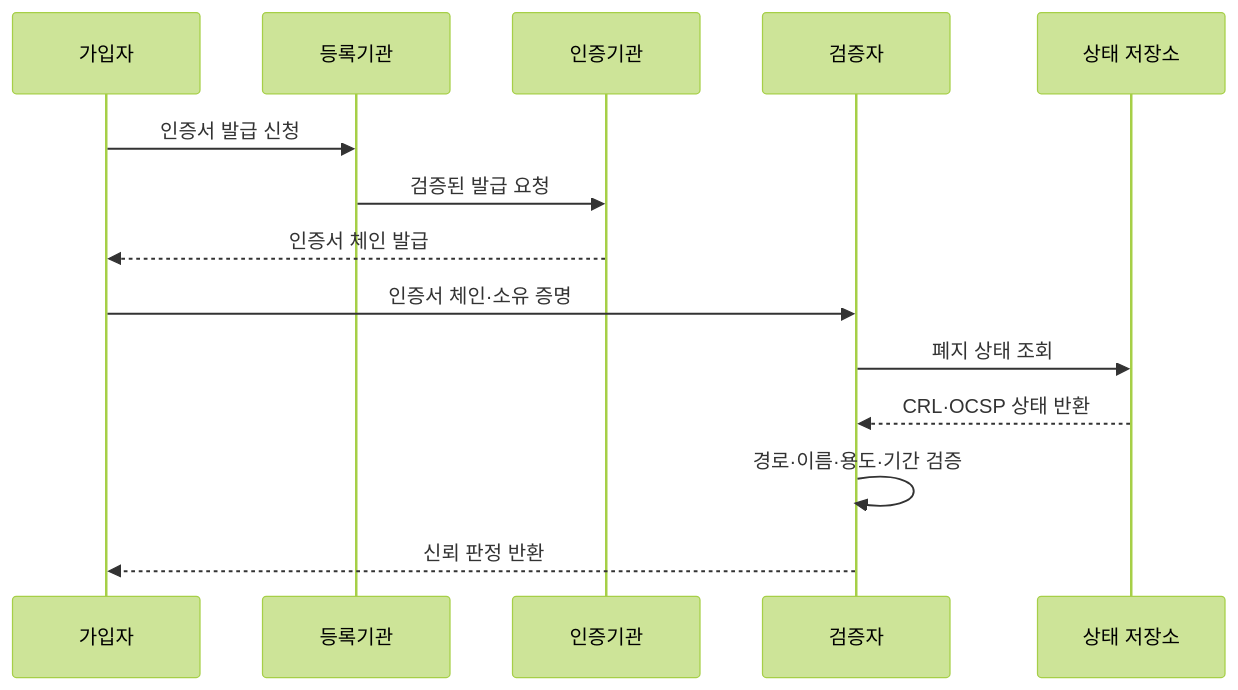
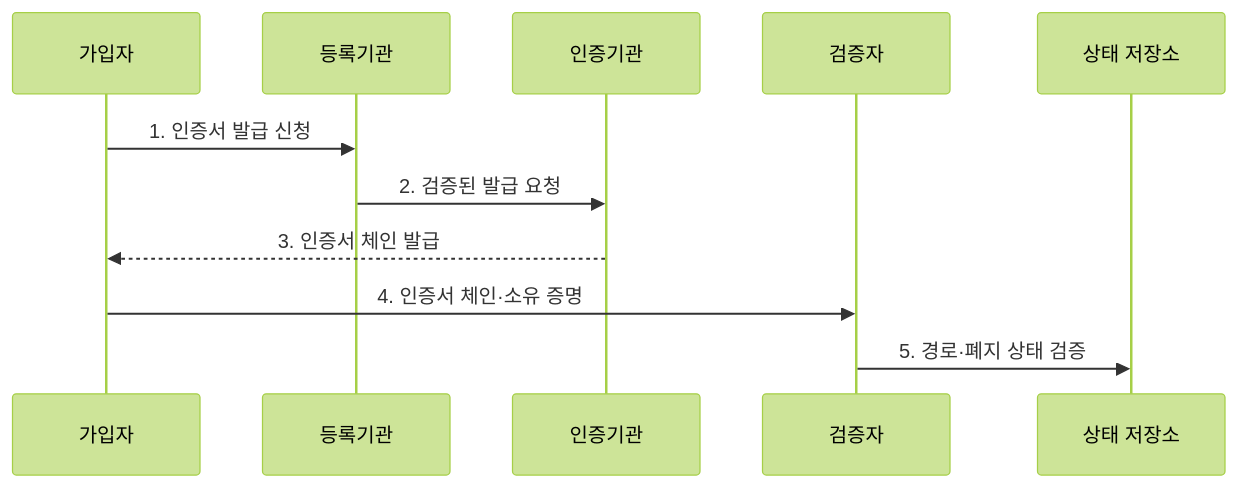
Before and after one commit to agnusdei1207/knowledge-base: the second of 2 diagrams in src/content/docs/notes/05-security/007_public_key_infrastructure.md, drawn with Mermaid (forest theme). The commit also changed other lines of this file and 22 other files, not shown here.

````diff
--- a/src/content/docs/notes/05-security/007_public_key_infrastructure.md
+++ b/src/content/docs/notes/05-security/007_public_key_infrastructure.md
@@ -86,16 +87,13 @@
 ```mermaid
 sequenceDiagram
     participant S as 가입자
     participant R as 등록기관
     participant C as 인증기관
     participant V as 검증자
     participant P as 상태 저장소
-    S->>R: 인증서 발급 신청
-    R->>C: 검증된 발급 요청
-    C-->>S: 인증서 체인 발급
-    S->>V: 인증서 체인·소유 증명
-    V->>P: 폐지 상태 조회
-    P-->>V: CRL·OCSP 상태 반환
-    V->>V: 경로·이름·용도·기간 검증
-    V-->>S: 신뢰 판정 반환
+    S->>R: 1. 인증서 발급 신청
+    R->>C: 2. 검증된 발급 요청
+    C-->>S: 3. 인증서 체인 발급
+    S->>V: 4. 인증서 체인·소유 증명
+    V->>P: 5. 경로·폐지 상태 검증
 ```
````
